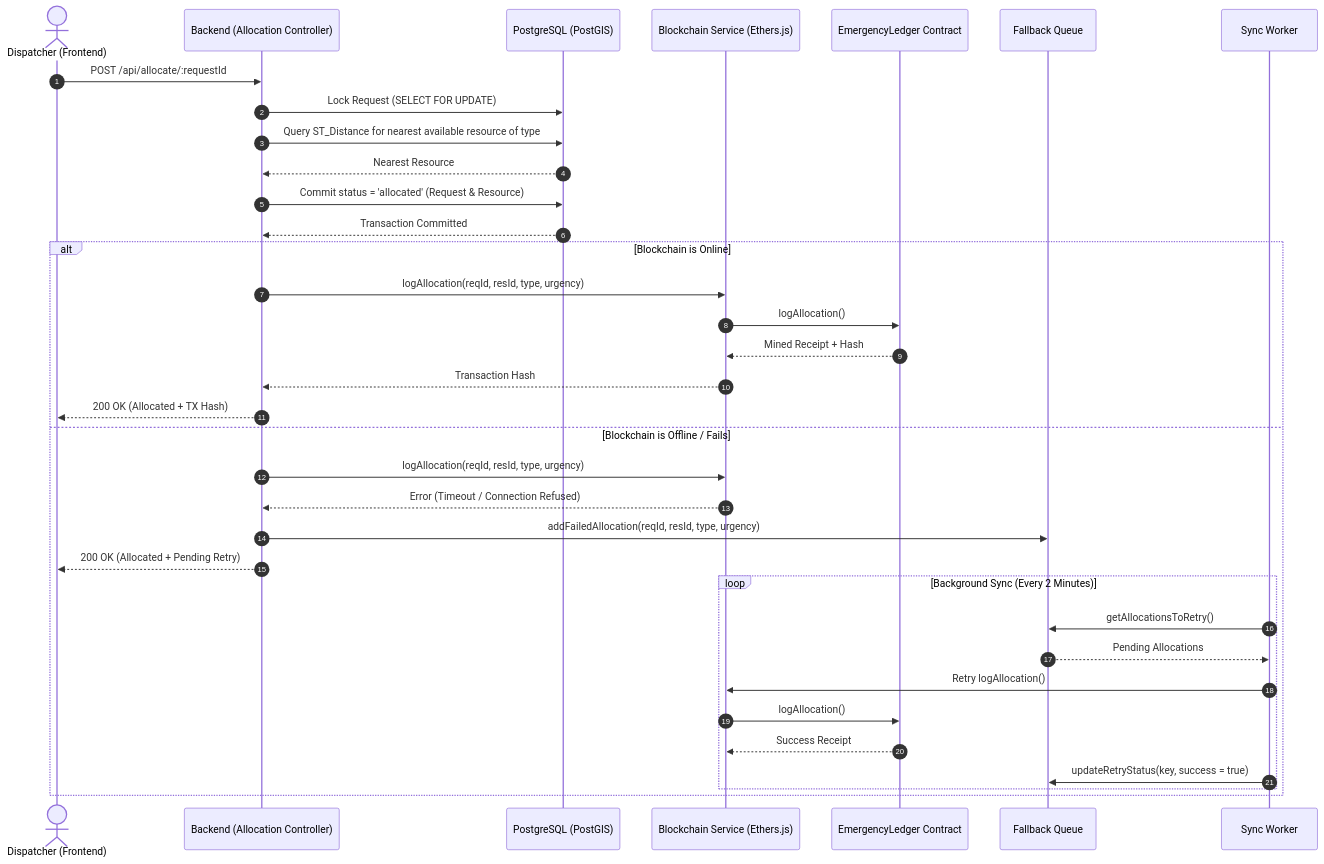
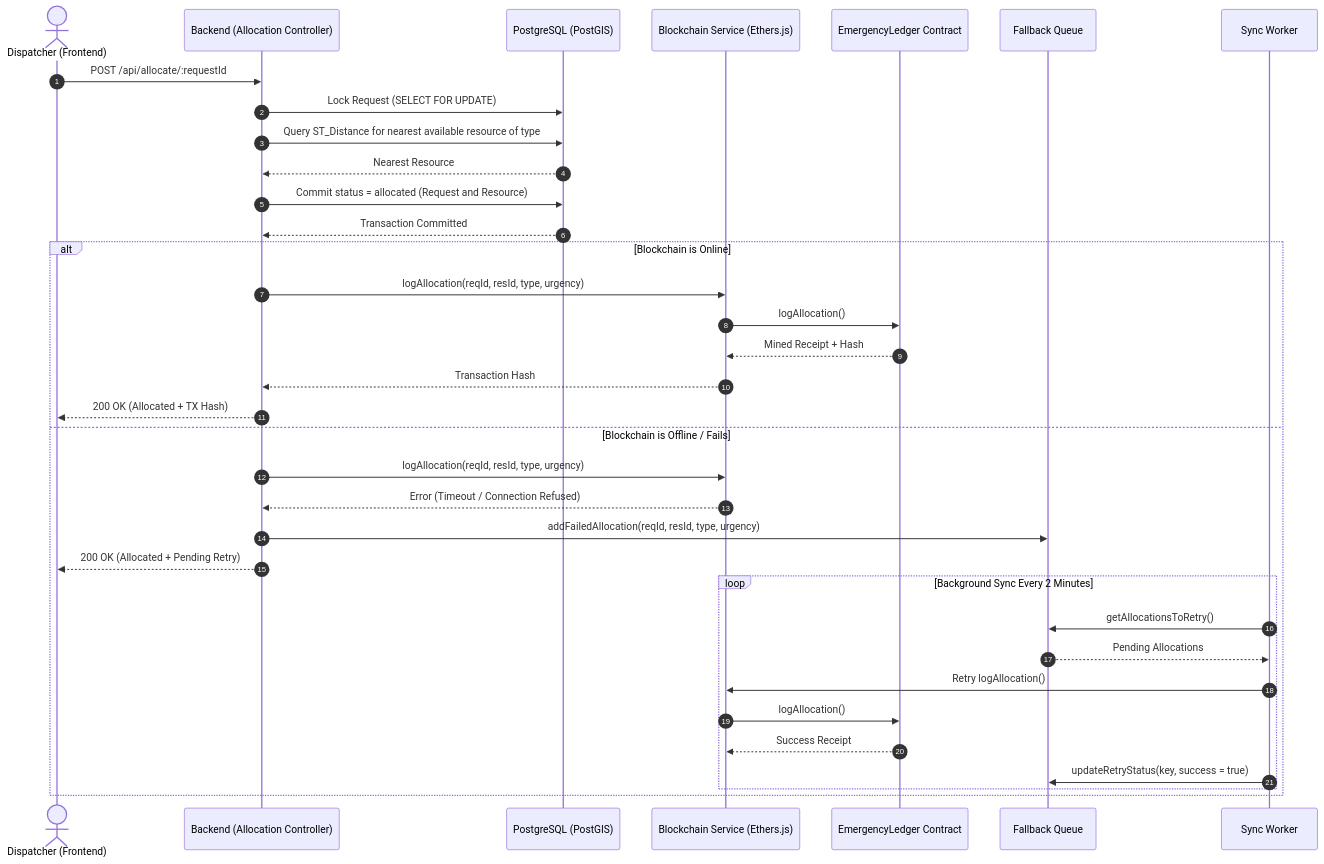
Before and after one commit to adityaKrishan651/resilient-emergency-allocation: the second of 2 diagrams in README.md, drawn with Mermaid. The commit also changed other lines of this file, not shown here.

````diff
--- a/README.md
+++ b/README.md
@@ -93,39 +93,39 @@
 ```mermaid
 sequenceDiagram
     autonumber
     actor Dispatcher as Dispatcher (Frontend)
     participant API as Backend (Allocation Controller)
     participant DB as PostgreSQL (PostGIS)
     participant BC as Blockchain Service (Ethers.js)
     participant SC as EmergencyLedger Contract
     participant FB as Fallback Queue
     participant SW as Sync Worker
 
     Dispatcher->>API: POST /api/allocate/:requestId
     API->>DB: Lock Request (SELECT FOR UPDATE)
     API->>DB: Query ST_Distance for nearest available resource of type
     DB-->>API: Nearest Resource
-    API->>DB: Commit status = 'allocated' (Request & Resource)
+    API->>DB: Commit status = allocated (Request and Resource)
     DB-->>API: Transaction Committed
 
     alt Blockchain is Online
         API->>BC: logAllocation(reqId, resId, type, urgency)
         BC->>SC: logAllocation()
         SC-->>BC: Mined Receipt + Hash
         BC-->>API: Transaction Hash
         API-->>Dispatcher: 200 OK (Allocated + TX Hash)
     else Blockchain is Offline / Fails
         API->>BC: logAllocation(reqId, resId, type, urgency)
         BC-->>API: Error (Timeout / Connection Refused)
         API->>FB: addFailedAllocation(reqId, resId, type, urgency)
         API-->>Dispatcher: 200 OK (Allocated + Pending Retry)
-        loop Background Sync (Every 2 Minutes)
+        loop Background Sync Every 2 Minutes
             SW->>FB: getAllocationsToRetry()
             FB-->>SW: Pending Allocations
             SW->>BC: Retry logAllocation()
             BC->>SC: logAllocation()
             SC-->>BC: Success Receipt
             SW->>FB: updateRetryStatus(key, success = true)
         end
     end
 ```
````
